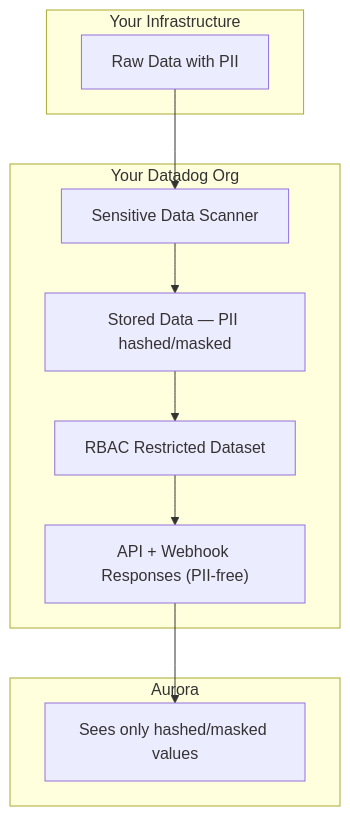
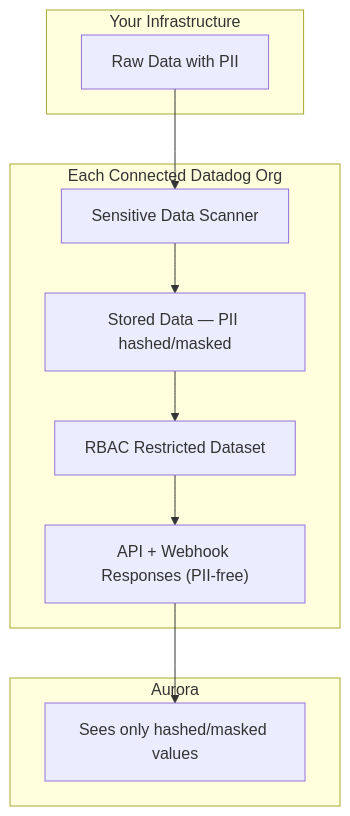
Before and after one commit to Arvo-AI/aurora: the diagram in website/docs/configuration/data-access/datadog.md, drawn with Mermaid. The commit also changed other lines of this file and 21 other files, not shown here.

````diff
--- a/website/docs/configuration/data-access/datadog.md
+++ b/website/docs/configuration/data-access/datadog.md
@@ -19,22 +29,22 @@
 ```mermaid
 flowchart TB
     subgraph infra["Your Infrastructure"]
         raw["Raw Data with PII"]
     end
 
-    subgraph datadog["Your Datadog Org"]
+    subgraph datadog["Each Connected Datadog Org"]
         sds["Sensitive Data Scanner"]
         stored["Stored Data — PII hashed/masked"]
         rbac["RBAC Restricted Dataset"]
         output["API + Webhook Responses (PII-free)"]
 
         sds --> stored --> rbac --> output
     end
 
     subgraph aurora["Aurora"]
         agent["Sees only hashed/masked values"]
     end
 
     raw --> sds
     output --> agent
 ```
````
